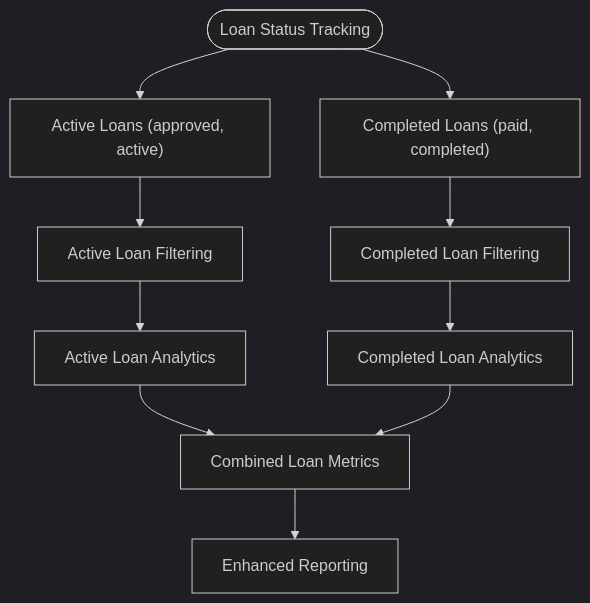
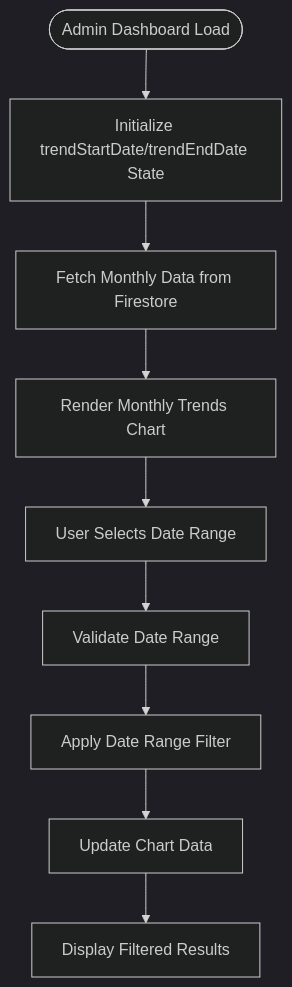
One commit to Unsure-bry/sampacoop_system changed the second of 8 diagrams in .qoder/repowiki/en/content/Project Overview/Core Features & Functionality/Reporting & Analytics/Reporting & Analytics.md. Above: the diagram before and after it, drawn with Mermaid (dark theme). The commit also changed other lines of this file and 11 other files, not shown here.

Commit message:
Loan Amortization in Active Loan

````diff
--- a/.qoder/repowiki/en/content/Project Overview/Core Features & Functionality/Reporting & Analytics/Reporting & Analytics.md
+++ b/.qoder/repowiki/en/content/Project Overview/Core Features & Functionality/Reporting & Analytics/Reporting & Analytics.md
@@ -207,12 +225,11 @@
 ```mermaid
 flowchart TD
-Start(["Loan Status Tracking"]) --> Active["Active Loans (approved, active)"]
-Start --> Completed["Completed Loans (paid, completed)"]
-Active --> ActiveFilter["Active Loan Filtering"]
-Completed --> CompletedFilter["Completed Loan Filtering"]
-ActiveFilter --> ActiveCalc["Active Loan Analytics"]
-CompletedFilter --> CompletedCalc["Completed Loan Analytics"]
-ActiveCalc --> Combined["Combined Loan Metrics"]
-CompletedCalc --> Combined
-Combined --> Reports["Enhanced Reporting"]
+Start(["Admin Dashboard Load"]) --> Init["Initialize trendStartDate/trendEndDate State"]
+Init --> Fetch["Fetch Monthly Data from Firestore"]
+Fetch --> Render["Render Monthly Trends Chart"]
+Render --> UserInput["User Selects Date Range"]
+UserInput --> Validate["Validate Date Range"]
+Validate --> Filter["Apply Date Range Filter"]
+Filter --> Update["Update Chart Data"]
+Update --> Display["Display Filtered Results"]
 ```
````
